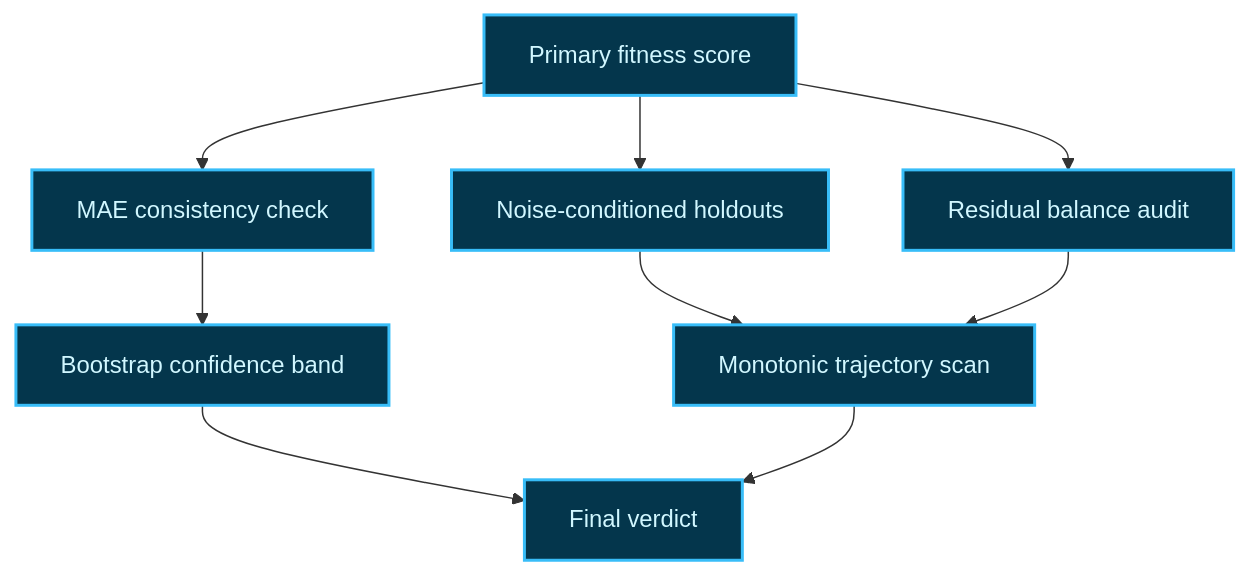
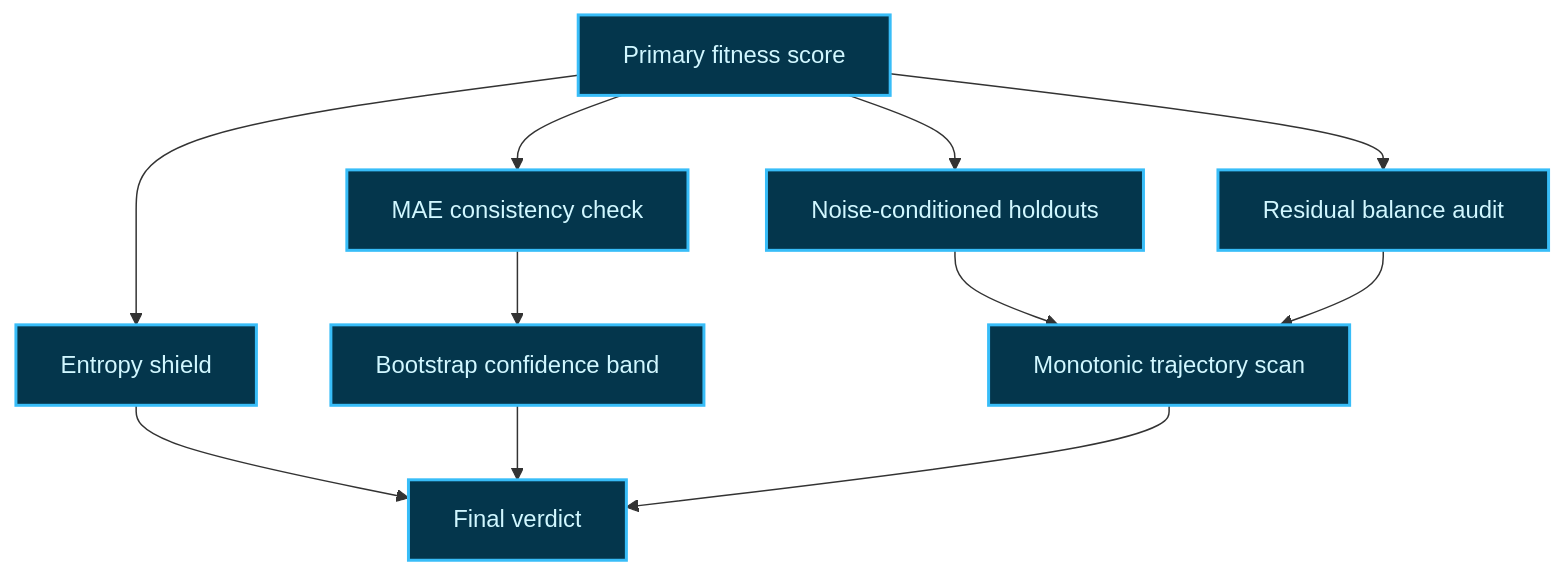
One commit to MontrealAI/AGIJobsv0 changed the second of 3 diagrams in demo/Meta-Agentic-Program-Synthesis-v0/README.md. Above: the diagram before and after it, drawn with Mermaid. The commit also changed other lines of this file and 10 other files, not shown here.

Commit message:
Add entropy shield resilience checks to meta-agentic demo

````diff
--- a/demo/Meta-Agentic-Program-Synthesis-v0/README.md
+++ b/demo/Meta-Agentic-Program-Synthesis-v0/README.md
@@ -36,13 +36,15 @@
 ```mermaid
 flowchart TD
     Primary[Primary fitness score] --> Residual[Residual balance audit]
     Primary --> Holdouts[Noise-conditioned holdouts]
     Primary --> MAE[MAE consistency check]
+    Primary --> Entropy[Entropy shield]
     MAE --> Bootstrap[Bootstrap confidence band]
     Holdouts --> Monotonic[Monotonic trajectory scan]
     Residual --> Monotonic
+    Entropy --> Verdict
     Bootstrap --> Verdict[Final verdict]
     Monotonic --> Verdict
     classDef pass fill:#04364c,color:#d1f7ff,stroke:#38bdf8,stroke-width:2px
-    class Primary,Residual,Holdouts,MAE,Bootstrap,Monotonic,Verdict pass
+    class Primary,Residual,Holdouts,MAE,Bootstrap,Monotonic,Entropy,Verdict pass
 ```
````
